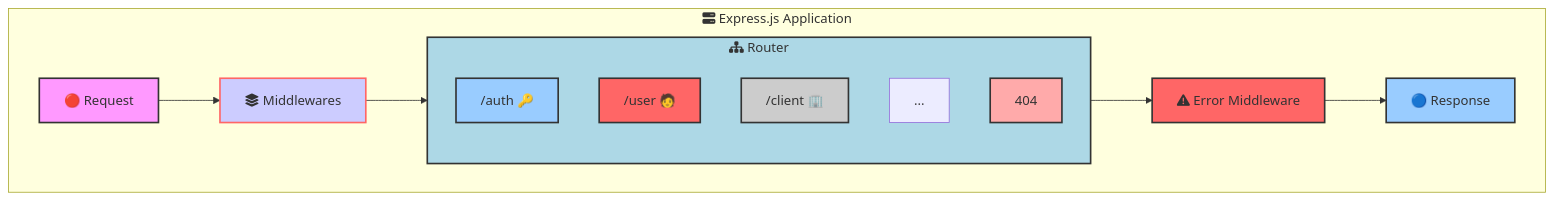
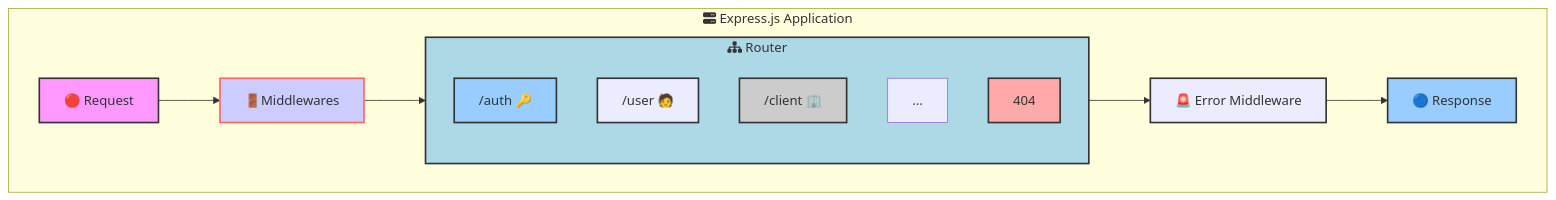
One commit to kelvin-bz/blog changed the fourth of 12 diagrams in _posts/2024-07-15-expressjs-summary.md. Above: the diagram before and after it, drawn with Mermaid. The commit also changed other lines of this file, not shown here.

````diff
--- a/_posts/2024-07-15-expressjs-summary.md
+++ b/_posts/2024-07-15-expressjs-summary.md
@@ -155,37 +160,37 @@
 ```mermaid
 graph 
 subgraph expressApp["fa:fa-server Express.js Application"]
-  request["🔴 Request"] --> middleware1["fa:fa-layer-group Middlewares"] 
+  request["🔴 Request"] --> middleware1["🚪Middlewares"] 
   middleware1 --> router
 
   subgraph router["fa:fa-sitemap Router"]
     authRoute["/auth 🔑"]
     userRoute["/user 🧑"]
     clientRoute["/client 🏢"]
     remains["..."]
     notFoundRoute["404"]
   end
 
-  router --> errorMiddleware["fa:fa-exclamation-triangle Error Middleware"]
+  router --> errorMiddleware["🚨 Error Middleware"]
   errorMiddleware --> response["🔵 Response"]
 end
 
 style request fill:#f9f,stroke:#333,stroke-width:2px
 style middleware1 fill:#ccf,stroke:#f66,stroke-width:2px
 style router fill:#add8e6,stroke:#333,stroke-width:2px
 style authRoute fill:#9cf,stroke:#333,stroke-width:2px
-style userRoute fill:#f66,stroke:#333,stroke-width:2px
+style userRoute stroke:#333,stroke-width:2px
 style clientRoute fill:#ccc,stroke:#333,stroke-width:2px
 style notFoundRoute fill:#faa,stroke:#333,stroke-width:2px
-style errorMiddleware fill:#f66,stroke:#333,stroke-width:2px
+style errorMiddleware stroke:#333,stroke-width:2px
 style response fill:#9cf,stroke:#333,stroke-width:2px
 
 
 classDef requestClass fill:#f9f,stroke:#333,stroke-width:2px;
 classDef middlewareClass fill:#ccf,stroke:#f66,stroke-width:2px;
 classDef routerClass fill:#add8e6,stroke:#333,stroke-width:2px;
 classDef routeHandlerClass fill:#9cf,stroke:#333,stroke-width:2px;
-classDef errorClass fill:#f66,stroke:#333,stroke-width:2px;
+classDef errorClass stroke:#333,stroke-width:2px;
 classDef responseClass fill:#9cf,stroke:#333,stroke-width:2px;
 
 ```
````
